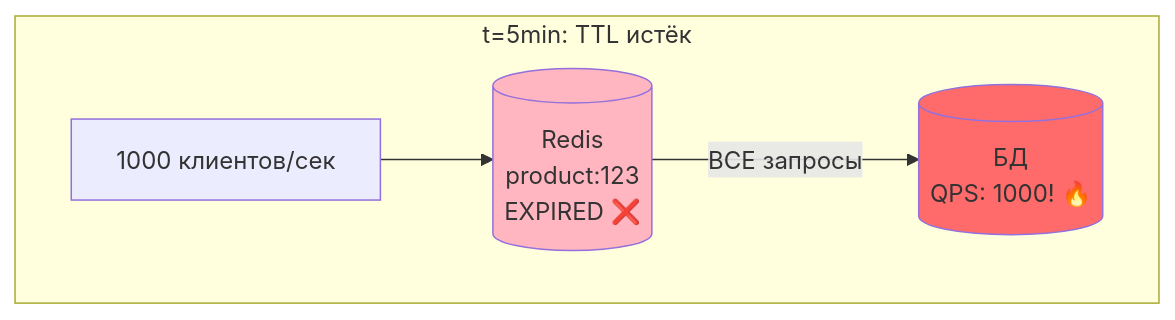
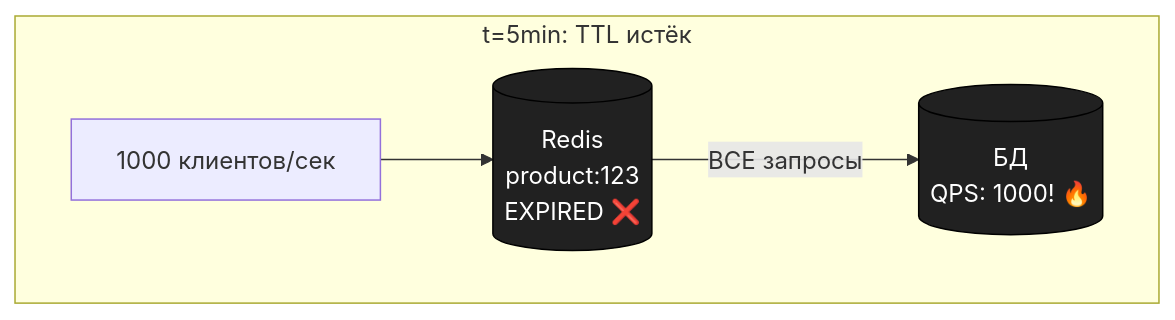
One commit to savinmikhail/advanced-system-design changed diagram 17 of 19 in cache/readme.md. Above: the diagram before and after it, drawn with Mermaid. The commit also changed other lines of this file, not shown here.

Commit message:
вырвиглазный контраст схем, нечитаемый текст часто, редис можно квадратиками рисовать

````diff
--- a/cache/readme.md
+++ b/cache/readme.md
@@ -1308,14 +1320,14 @@
 ```mermaid
 graph TB
     subgraph "t=5min: TTL истёк"
         C2[1000 клиентов/сек]
         Redis2[(Redis<br/>product:123<br/>EXPIRED ❌)]
         DB2[(БД<br/>QPS: 1000! 🔥)]
     end
     
     C2 --> Redis2
     Redis2 -->|ВСЕ запросы| DB2
-    
-    style Redis2 fill:#FFB6C1
-    style DB2 fill:#ff6b6b
+
+    classDef nodeDark fill:#212121,stroke:#000000,color:#ffffff;
+    class Redis2,DB2 nodeDark;
 ```
````
